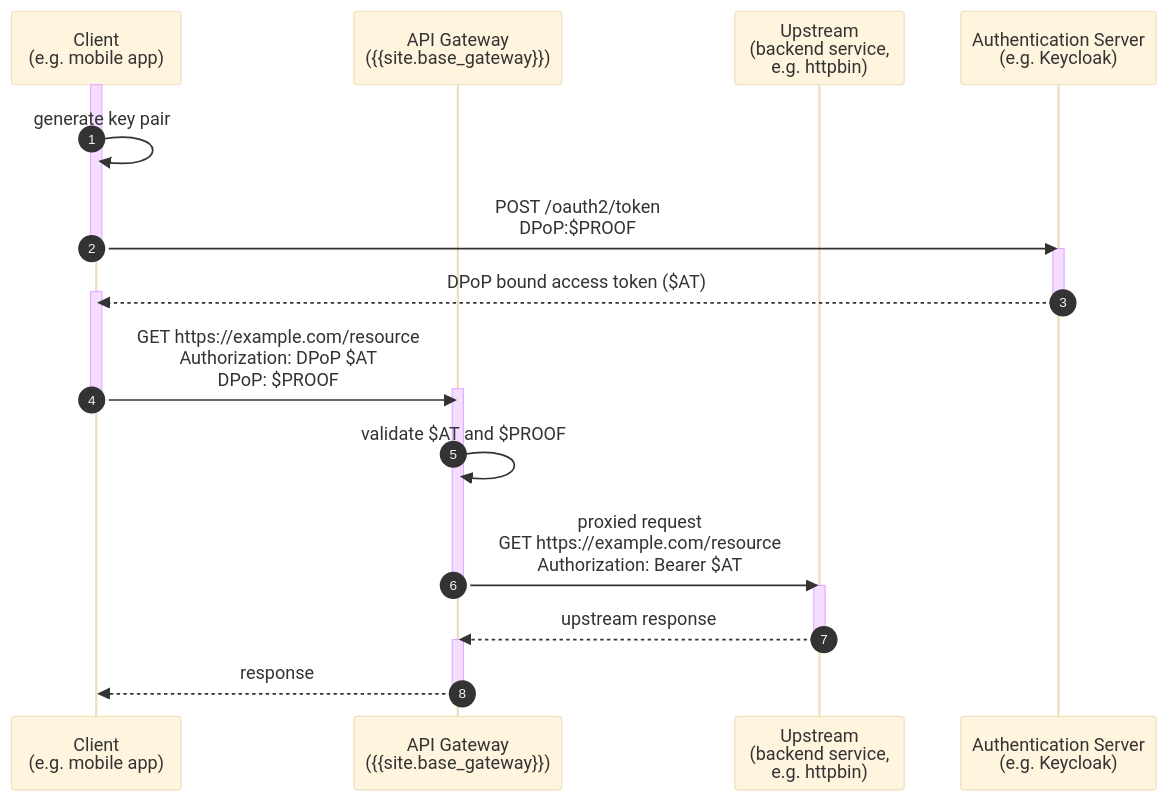
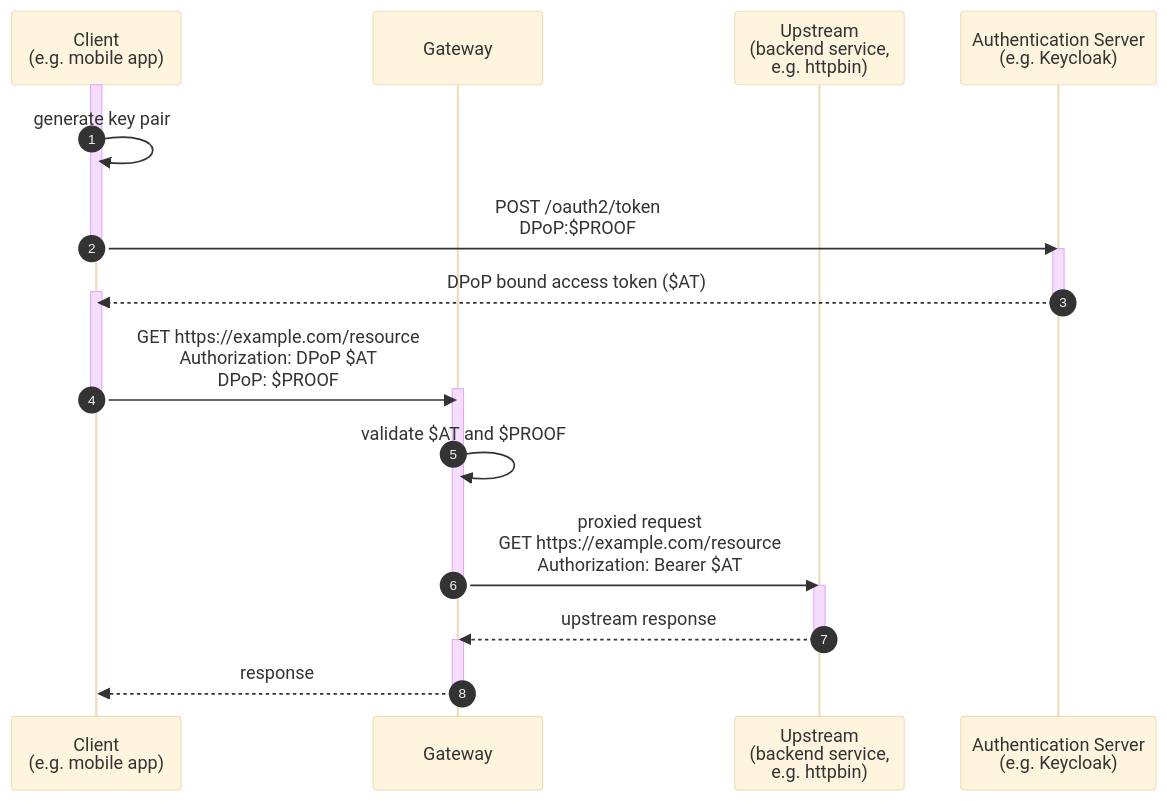
The diagram in app/_includes/plugins/oidc/diagrams/dpop.md (Kong/developer.konghq.com), drawn with Mermaid (base theme) before and after one commit. The commit also changed 27 other files, not shown here.

```diff
--- a/app/_includes/plugins/oidc/diagrams/dpop.md
+++ b/app/_includes/plugins/oidc/diagrams/dpop.md
@@ -2,28 +2,28 @@
 {% mermaid %}
 sequenceDiagram
     autonumber
     participant client as Client <br>(e.g. mobile app)
-    participant kong as API Gateway <br>({{site.base_gateway}})
+    participant kong as Gateway
     participant upstream as Upstream <br>(backend service,<br> e.g. httpbin)
     participant idp as Authentication Server <br>(e.g. Keycloak)
     activate client
     client->>client: generate key pair
     client->>idp: POST /oauth2/token<br>DPoP:$PROOF
     deactivate client
     activate idp
     idp-->>client: DPoP bound access token ($AT)
     activate client
     deactivate idp
     client->>kong: GET https://example.com/resource<br>Authorization: DPoP $AT<br>DPoP: $PROOF
     activate kong
     deactivate client
     kong->>kong: validate $AT and $PROOF
     kong->>upstream: proxied request <br> GET https://example.com/resource<br>Authorization: Bearer $AT
     deactivate kong
     activate upstream
     upstream-->>kong: upstream response
     deactivate upstream
     activate kong
     kong-->>client: response
     deactivate kong
 {% endmermaid %}
```
